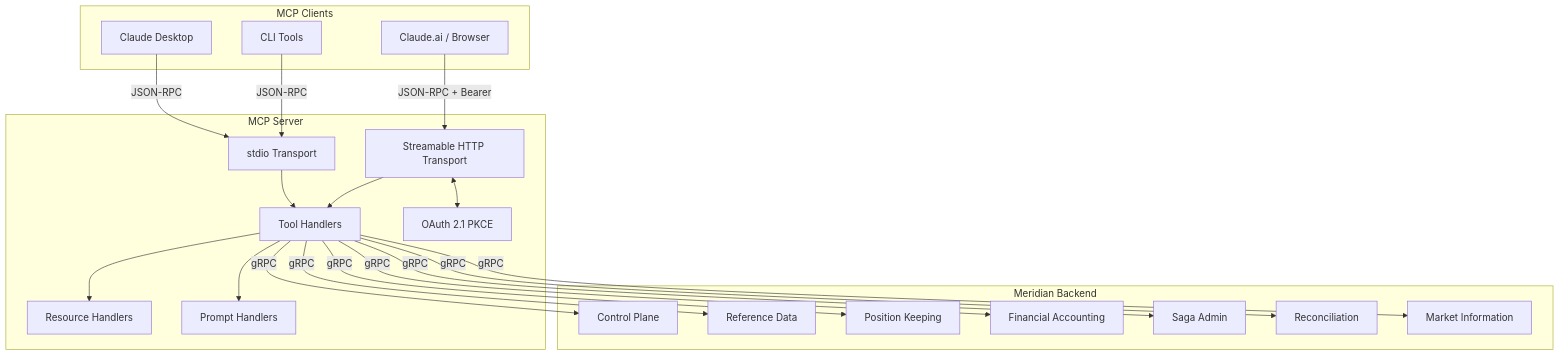
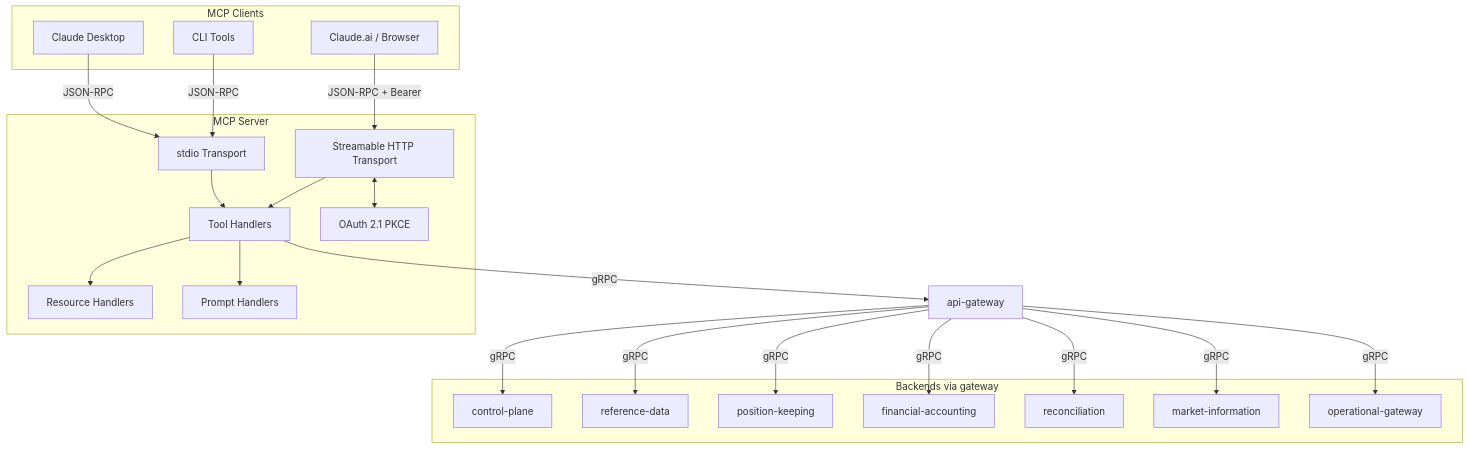
Before and after one commit to meridianhub/meridian: the diagram in services/mcp-server/README.md, drawn with Mermaid. The commit also changed other lines of this file and 4 other files, not shown here.

````diff
--- a/services/mcp-server/README.md
+++ b/services/mcp-server/README.md
@@ -43,45 +195,48 @@
 ```mermaid
 flowchart TB
     subgraph "MCP Clients"
         CD[Claude Desktop]
         CB[Claude.ai / Browser]
         CLI[CLI Tools]
     end
 
     subgraph "MCP Server"
         ST[stdio Transport]
         SH[Streamable HTTP Transport]
         TH[Tool Handlers]
         RH[Resource Handlers]
         PH[Prompt Handlers]
         OA[OAuth 2.1 PKCE]
     end
 
-    subgraph "Meridian Backend"
-        CP[Control Plane]
-        RD[Reference Data]
-        PK[Position Keeping]
-        FA[Financial Accounting]
-        SA[Saga Admin]
-        RC[Reconciliation]
-        MI[Market Information]
+    APIGW[api-gateway]
+
+    subgraph "Backends via gateway"
+        CP[control-plane]
+        RD[reference-data]
+        PK[position-keeping]
+        FA[financial-accounting]
+        RC[reconciliation]
+        MI[market-information]
+        OG[operational-gateway]
     end
 
     CD -->|JSON-RPC| ST
     CLI -->|JSON-RPC| ST
     CB -->|JSON-RPC + Bearer| SH
     SH <--> OA
 
     ST --> TH
     SH --> TH
     TH --> RH
     TH --> PH
 
-    TH -->|gRPC| CP
-    TH -->|gRPC| RD
-    TH -->|gRPC| PK
-    TH -->|gRPC| FA
-    TH -->|gRPC| SA
-    TH -->|gRPC| RC
-    TH -->|gRPC| MI
+    TH -->|gRPC| APIGW
+    APIGW -->|gRPC| CP
+    APIGW -->|gRPC| RD
+    APIGW -->|gRPC| PK
+    APIGW -->|gRPC| FA
+    APIGW -->|gRPC| RC
+    APIGW -->|gRPC| MI
+    APIGW -->|gRPC| OG
 ```
````
